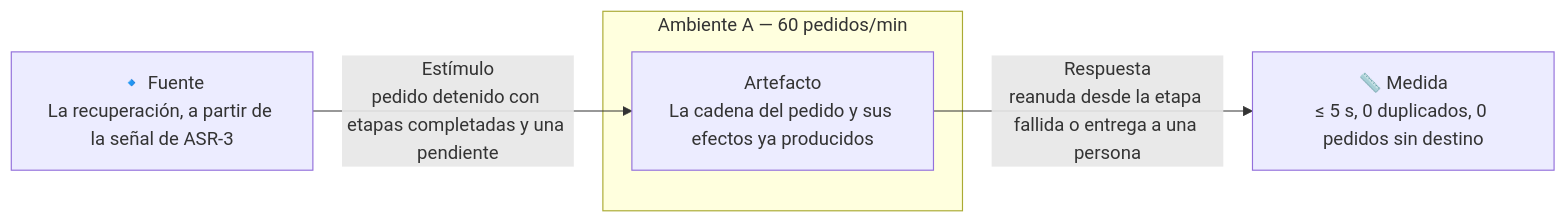
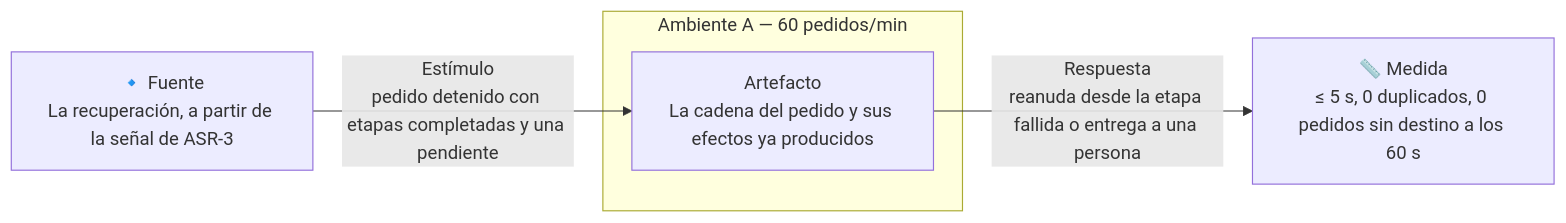
One commit to MATI-MBIT/arqsoft-reto-2 changed the fourth of 4 diagrams in docs/quality-attributes.md. Above: the diagram before and after it, drawn with Mermaid. The commit also changed other lines of this file and 4 other files, not shown here.

````diff
--- a/docs/quality-attributes.md
+++ b/docs/quality-attributes.md
@@ -188,9 +176,9 @@
 ```mermaid
 flowchart LR
     F["🔹 Fuente<br/>La recuperación, a partir de la señal de ASR-3"]
     F -- "Estímulo<br/>pedido detenido con etapas completadas y una pendiente" --> A
     subgraph AMB["Ambiente A — 60 pedidos/min"]
         A["Artefacto<br/>La cadena del pedido y sus efectos ya producidos"]
     end
-    A -- "Respuesta<br/>reanuda desde la etapa fallida o entrega a una persona" --> M["📏 Medida<br/>≤ 5 s, 0 duplicados, 0 pedidos sin destino"]
+    A -- "Respuesta<br/>reanuda desde la etapa fallida o entrega a una persona" --> M["📏 Medida<br/>≤ 5 s, 0 duplicados, 0 pedidos sin destino a los 60 s"]
 ```
````
